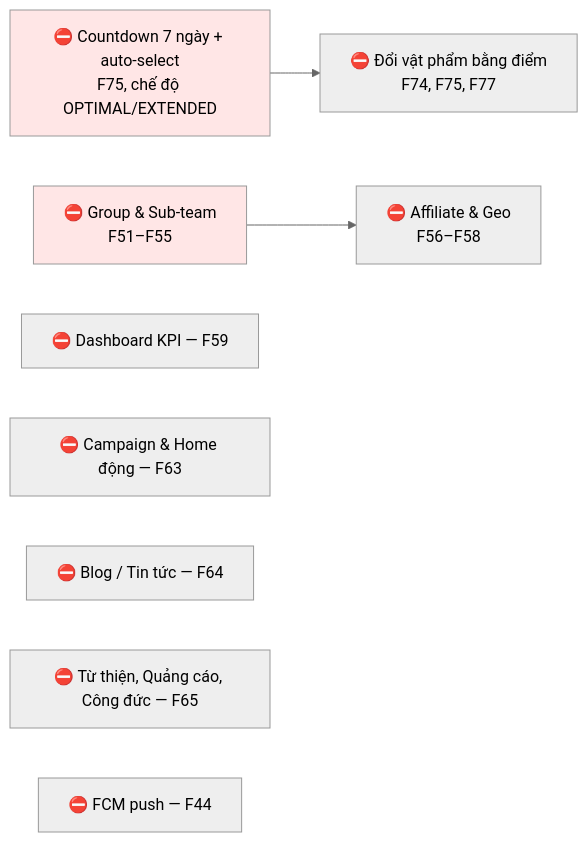
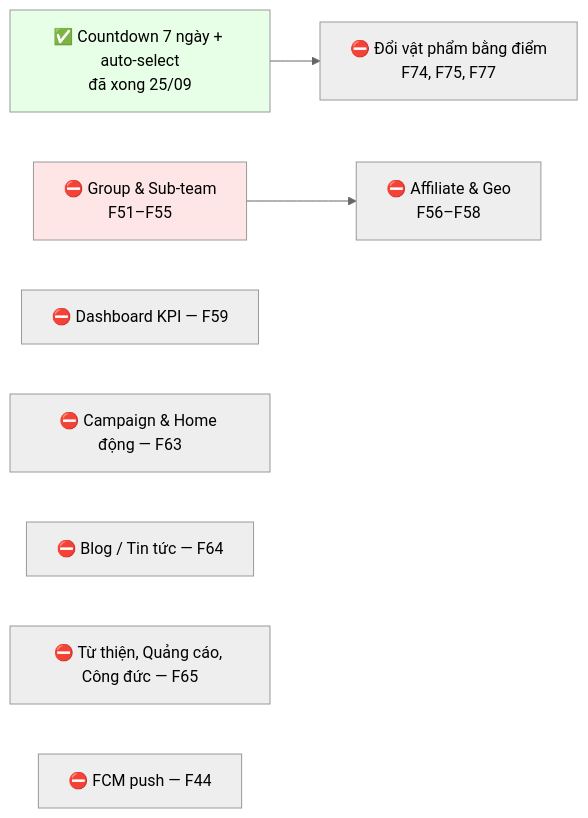
Before and after one commit to fdshn/trueheart: the diagram in docs/diagram/21-open-issues.md, drawn with Mermaid (neutral theme). The commit also changed 20 other files, not shown here.

````diff
--- a/docs/diagram/21-open-issues.md
+++ b/docs/diagram/21-open-issues.md
@@ -96,13 +96,13 @@
 ```mermaid
 flowchart LR
-    A["⛔ Countdown 7 ngày + auto-select<br/>F75, chế độ OPTIMAL/EXTENDED"] --> B["⛔ Đổi vật phẩm bằng điểm<br/>F74, F75, F77"]
+    A["✅ Countdown 7 ngày + auto-select<br/>đã xong 25/09"] --> B["⛔ Đổi vật phẩm bằng điểm<br/>F74, F75, F77"]
     C["⛔ Group & Sub-team<br/>F51–F55"] --> D["⛔ Affiliate & Geo<br/>F56–F58"]
     E["⛔ Dashboard KPI — F59"]
     F["⛔ Campaign & Home động — F63"]
     G["⛔ Blog / Tin tức — F64"]
     H["⛔ Từ thiện, Quảng cáo, Công đức — F65"]
     I["⛔ FCM push — F44"]
 
-    style A fill:#ffe6e6
+    style A fill:#e6ffe6
     style C fill:#ffe6e6
 ```
````
